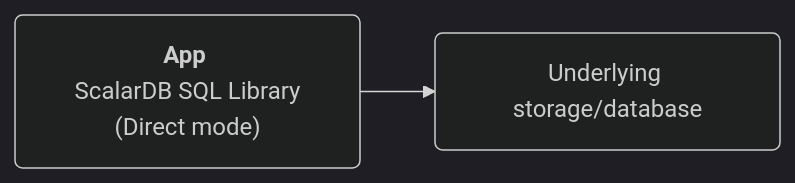
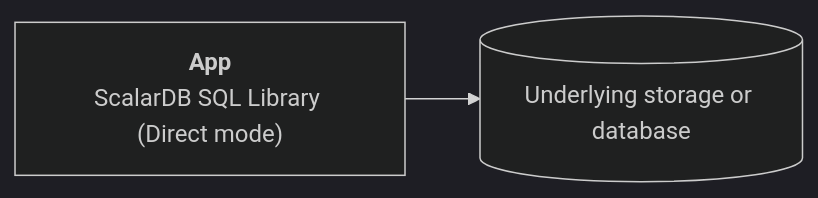
One commit to scalar-labs/scalar-kubernetes changed the fourth of 4 diagrams in docs/ProductionChecklistForScalarDBCluster.md. Above: the diagram before and after it, drawn with Mermaid (dark theme). The commit also changed other lines of this file, not shown here.

````diff
--- a/docs/ProductionChecklistForScalarDBCluster.md
+++ b/docs/ProductionChecklistForScalarDBCluster.md
@@ -108,4 +120,6 @@
-  ```mermaid
-  flowchart LR
-    A("<b>App</b> <br> ScalarDB SQL Library (Direct mode)") --> B(Underlying storage/database)
-  ```
+```mermaid
+flowchart LR
+  app["<b>App</b><br />ScalarDB SQL Library (Direct mode)"]
+  db[(Underlying storage or database)]
+  app --> db
+```
````
